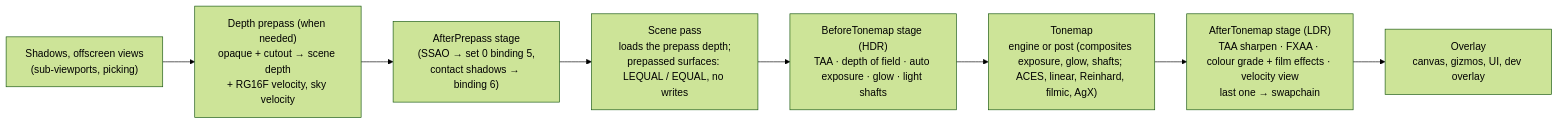
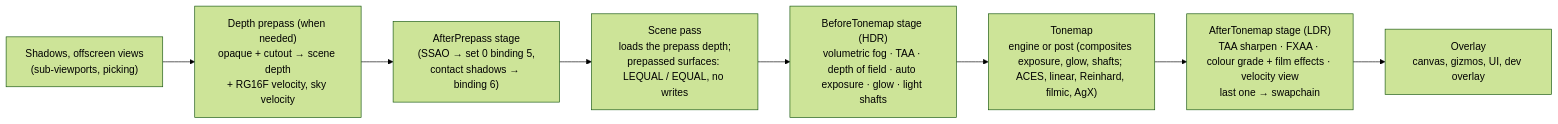
Before and after one commit to Mainframe-Games/mainframe-engine: the diagram in docs/design/post-processing.md, drawn with Mermaid (forest theme). The commit also changed other lines of this file and 47 other files, not shown here.

First line of the commit message:
Rendering: volumetric fog, a shadowed ray march (ADR 0171)

````diff
--- a/docs/design/post-processing.md
+++ b/docs/design/post-processing.md
@@ -16,10 +16,10 @@
 ```mermaid
 flowchart LR
     SH["Shadows, offscreen views<br/>(sub-viewports, picking)"] --> PP["Depth prepass (when needed)<br/>opaque + cutout → scene depth<br/>+ RG16F velocity, sky velocity"]
     PP --> AP["AfterPrepass stage<br/>(SSAO → set 0 binding 5,<br/>contact shadows → binding 6)"]
     AP --> SC["Scene pass<br/>loads the prepass depth;<br/>prepassed surfaces: LEQUAL / EQUAL, no writes"]
-    SC --> BT["BeforeTonemap stage (HDR)<br/>TAA · depth of field · auto exposure · glow · light shafts"]
+    SC --> BT["BeforeTonemap stage (HDR)<br/>volumetric fog · TAA · depth of field · auto exposure · glow · light shafts"]
     BT --> TM["Tonemap<br/>engine or post (composites exposure, glow, shafts; ACES, linear, Reinhard, filmic, AgX)"]
     TM --> AT["AfterTonemap stage (LDR)<br/>TAA sharpen · FXAA · colour grade + film effects · velocity view<br/>last one → swapchain"]
     AT --> OV["Overlay<br/>canvas, gizmos, UI, dev overlay"]
 ```
````
